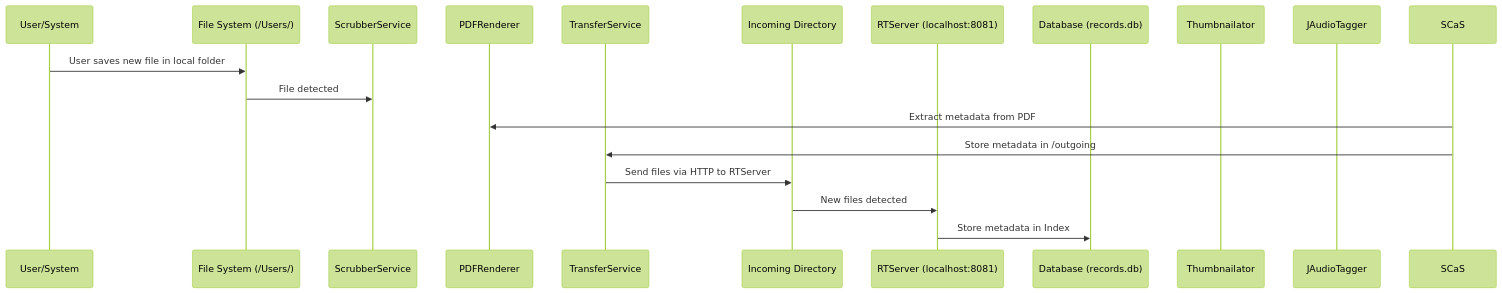
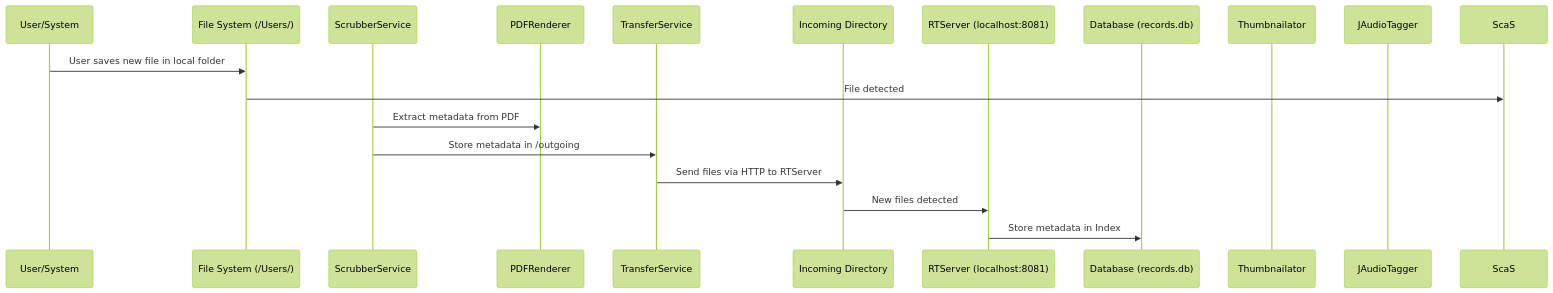
Before and after one commit to sync-different/alt-core-docs: the diagram in Mainflow.md, drawn with Mermaid (forest theme).

````diff
--- a/Mainflow.md
+++ b/Mainflow.md
@@ -1,22 +1,22 @@
 ```mermaid
 sequenceDiagram
     participant User as User/System
     participant FS as File System (/Users/)
-    participant ScaS as ScrubberService
+    participant SCS as ScrubberService
     participant PDF as PDFRenderer
     participant TS as TransferService
     participant Incoming as Incoming Directory
     participant RT as RTServer (localhost:8081)
     participant DB as Database (records.db)
     participant Thumb as Thumbnailator
     participant Audio as JAudioTagger
 
     User->>FS: User saves new file in local folder
 	 FS->>ScaS: File detected
-	 SCaS->>PDF: Extract metadata from PDF
-	 SCaS->>TS: Store metadata in /outgoing
+	 SCS->>PDF: Extract metadata from PDF
+	 SCS->>TS: Store metadata in /outgoing
 	 TS->>Incoming: Send files via HTTP to RTServer
 	 Incoming->>RT: New files detected
 	 RT->>DB: Store metadata in Index
     
 ```
````
